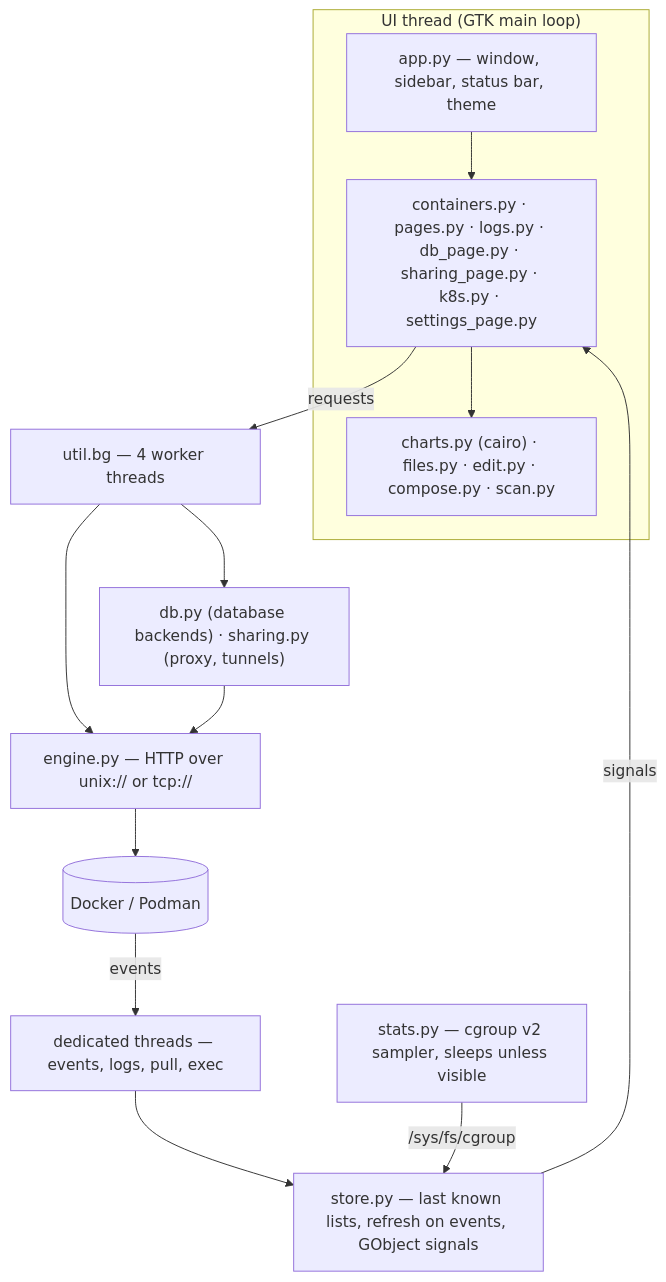
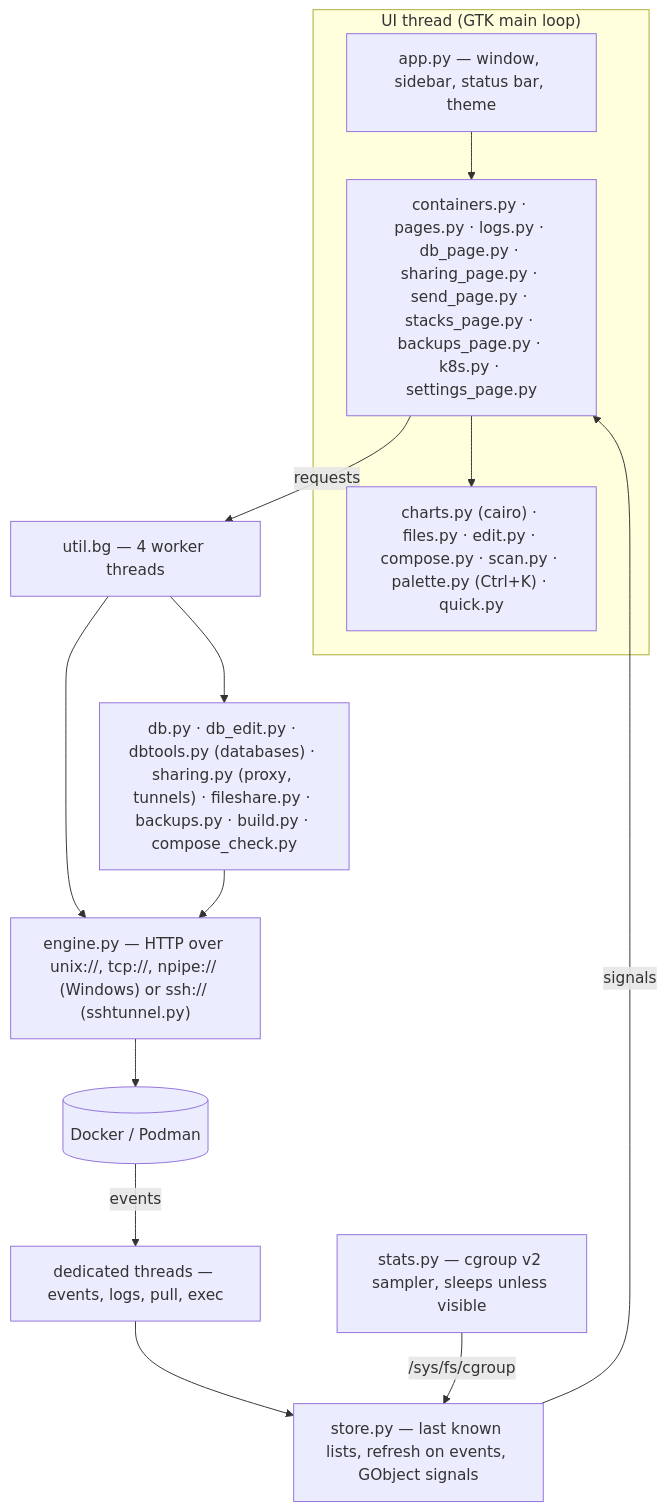
One commit to subhadeeproy3902/open-docker-app changed the diagram in docs/ARCHITECTURE.md. Above: the diagram before and after it, drawn with Mermaid. The commit also changed other lines of this file and 16 other files, not shown here.

First line of the commit message:
Berth 1.3.0: databases you can edit, backups, stacks, SSH and Windows without setup

````diff
--- a/docs/ARCHITECTURE.md
+++ b/docs/ARCHITECTURE.md
@@ -5,20 +5,20 @@
 ```mermaid
 flowchart TB
     subgraph UI["UI thread (GTK main loop)"]
         APP["app.py — window, sidebar, status bar, theme"]
-        PAGES["containers.py · pages.py · logs.py · db_page.py · sharing_page.py · k8s.py · settings_page.py"]
-        WIDGETS["charts.py (cairo) · files.py · edit.py · compose.py · scan.py"]
+        PAGES["containers.py · pages.py · logs.py · db_page.py · sharing_page.py · send_page.py · stacks_page.py · backups_page.py · k8s.py · settings_page.py"]
+        WIDGETS["charts.py (cairo) · files.py · edit.py · compose.py · scan.py · palette.py (Ctrl+K) · quick.py"]
     end
     STORE["store.py — last known lists, refresh on events, GObject signals"]
     POOL["util.bg — 4 worker threads"]
     STREAMS["dedicated threads — events, logs, pull, exec"]
     SAMPLER["stats.py — cgroup v2 sampler, sleeps unless visible"]
-    ENGINE["engine.py — HTTP over unix:// or tcp://"]
-    BACKENDS["db.py (database backends) · sharing.py (proxy, tunnels)"]
+    ENGINE["engine.py — HTTP over unix://, tcp://, npipe:// (Windows) or ssh:// (sshtunnel.py)"]
+    BACKENDS["db.py · db_edit.py · dbtools.py (databases) · sharing.py (proxy, tunnels) · fileshare.py · backups.py · build.py · compose_check.py"]
     DOCKER[("Docker / Podman")]
     APP --> PAGES --> WIDGETS
     PAGES -- "requests" --> POOL --> ENGINE --> DOCKER
     POOL --> BACKENDS --> ENGINE
     DOCKER -- "events" --> STREAMS --> STORE -- "signals" --> PAGES
     SAMPLER -- "/sys/fs/cgroup" --> STORE
 ```
````
